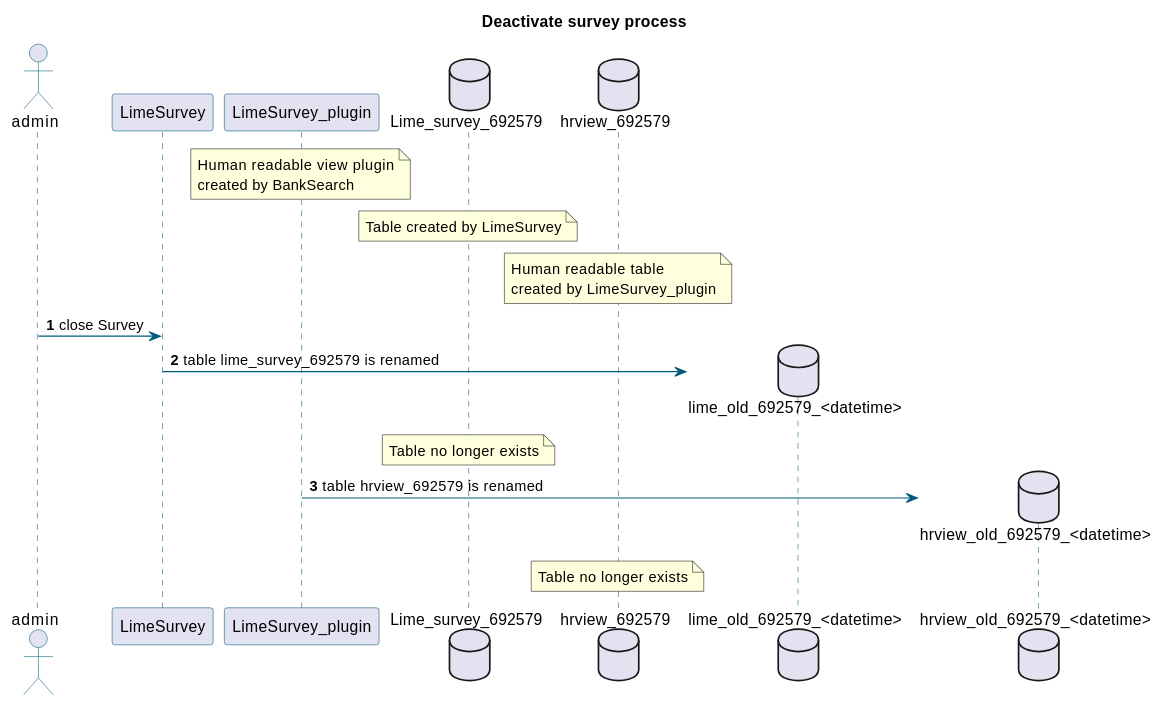
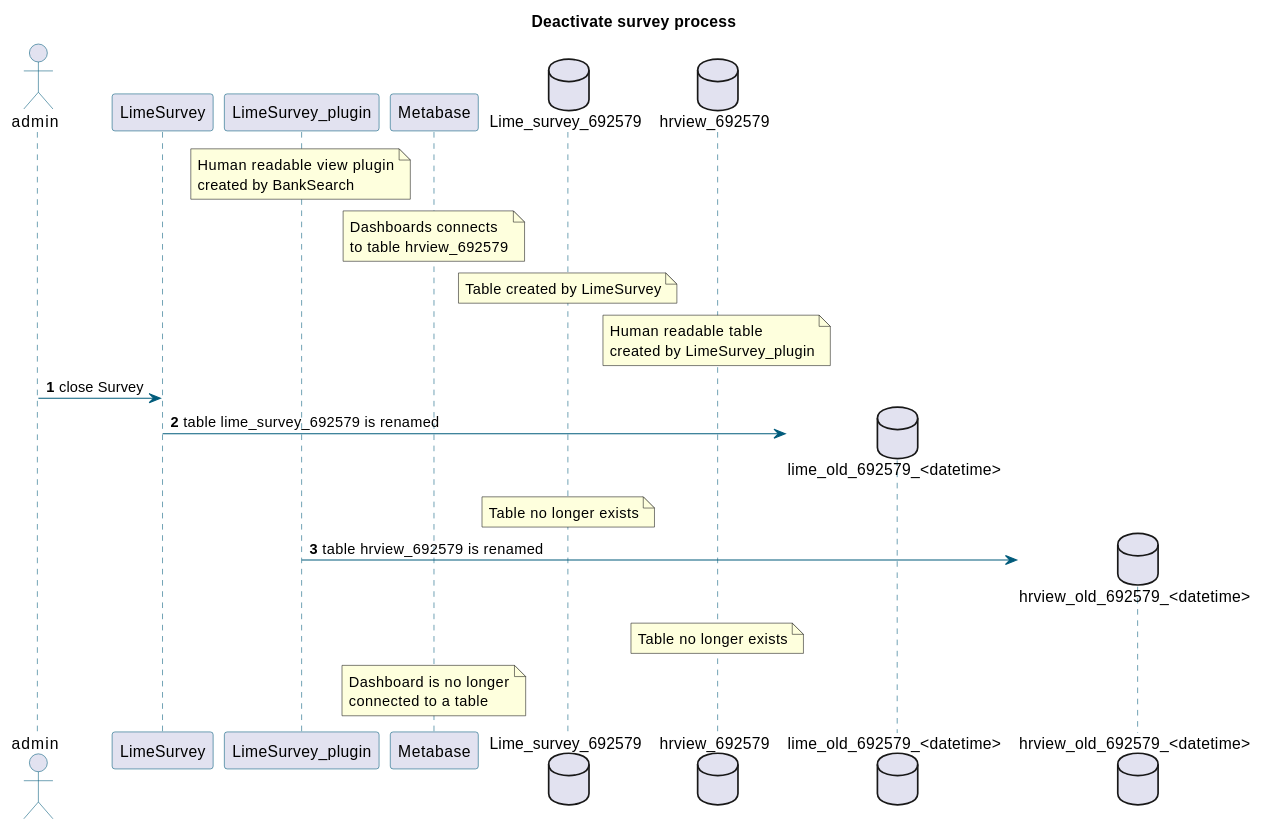
One commit to msdcanderson/bcu changed the second of 2 diagrams in bcu-docs/docs/flowcharts.md. Above: the diagram before and after it, drawn with PlantUML. The commit also changed other lines of this file and 3 other files, not shown here.

Commit message:
update flowchart 2

````diff
--- a/bcu-docs/docs/flowcharts.md
+++ b/bcu-docs/docs/flowcharts.md
@@ -52,36 +52,39 @@
 ```uml
 @startuml
 autonumber
 
 skinparam sequence {
 	ArrowColor #005B7B
 	ActorBorderColor #005B7B
 	LifeLineBorderColor #005B7B
 	ParticipantBorderColor #005B7B
 }
 
 title Deactivate survey process
 
 actor admin
 participant LimeSurvey
 participant LimeSurvey_plugin
+participant Metabase
 database Lime_survey_692579
 database hrview_692579
 
 note over LimeSurvey_plugin : Human readable view plugin\ncreated by BankSearch
+note over Metabase : Dashboards connects\nto table hrview_692579
 note over Lime_survey_692579 : Table created by LimeSurvey
 note over hrview_692579 : Human readable table\ncreated by LimeSurvey_plugin
 
 admin -> LimeSurvey : close Survey
 create database "lime_old_692579_<datetime>"
 LimeSurvey -> "lime_old_692579_<datetime>" : table lime_survey_692579 is renamed
 
 note over Lime_survey_692579 : Table no longer exists
 
 create database "hrview_old_692579_<datetime>"
 LimeSurvey_plugin -> "hrview_old_692579_<datetime>" : table hrview_692579 is renamed
 
 note over hrview_692579 : Table no longer exists
+note over Metabase: Dashboard is no longer\nconnected to a table
 
 @enduml
 ```
````
